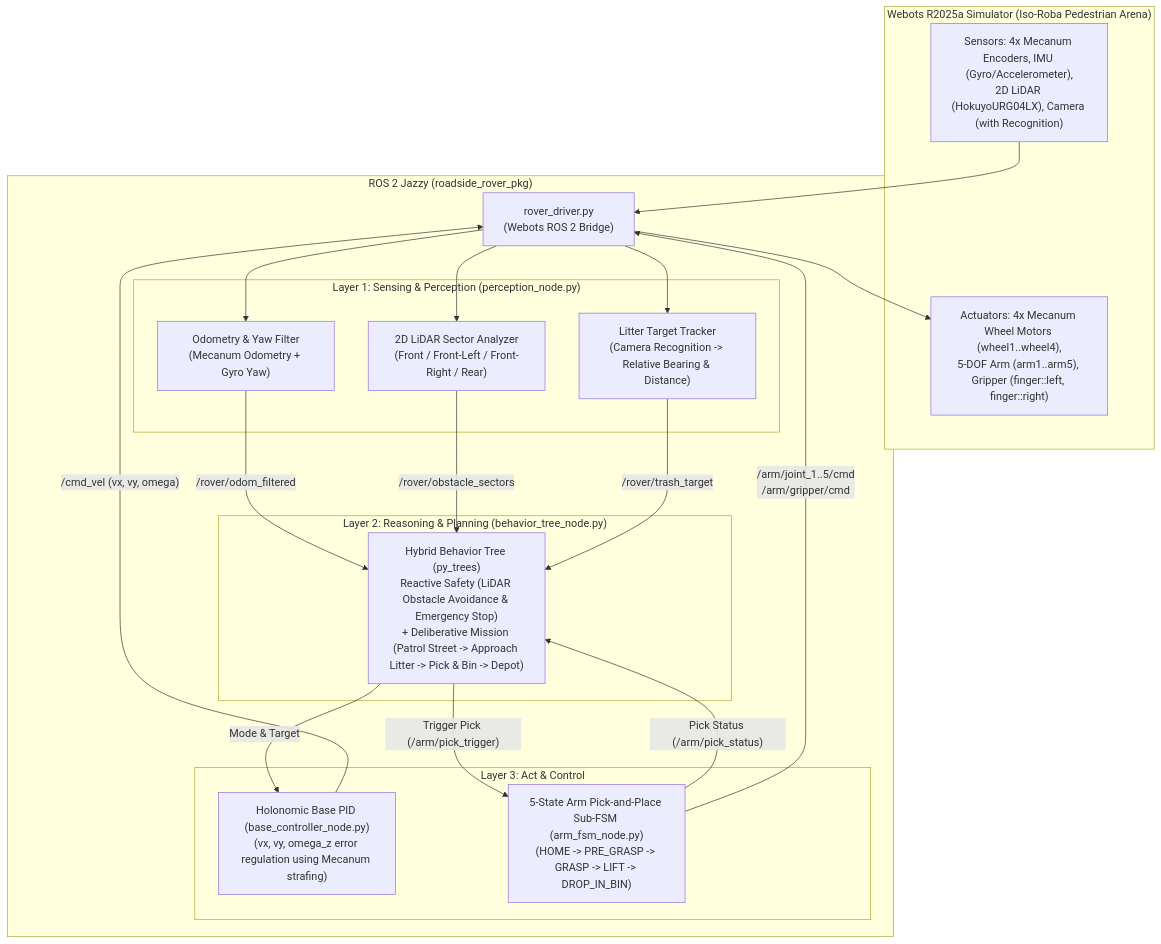
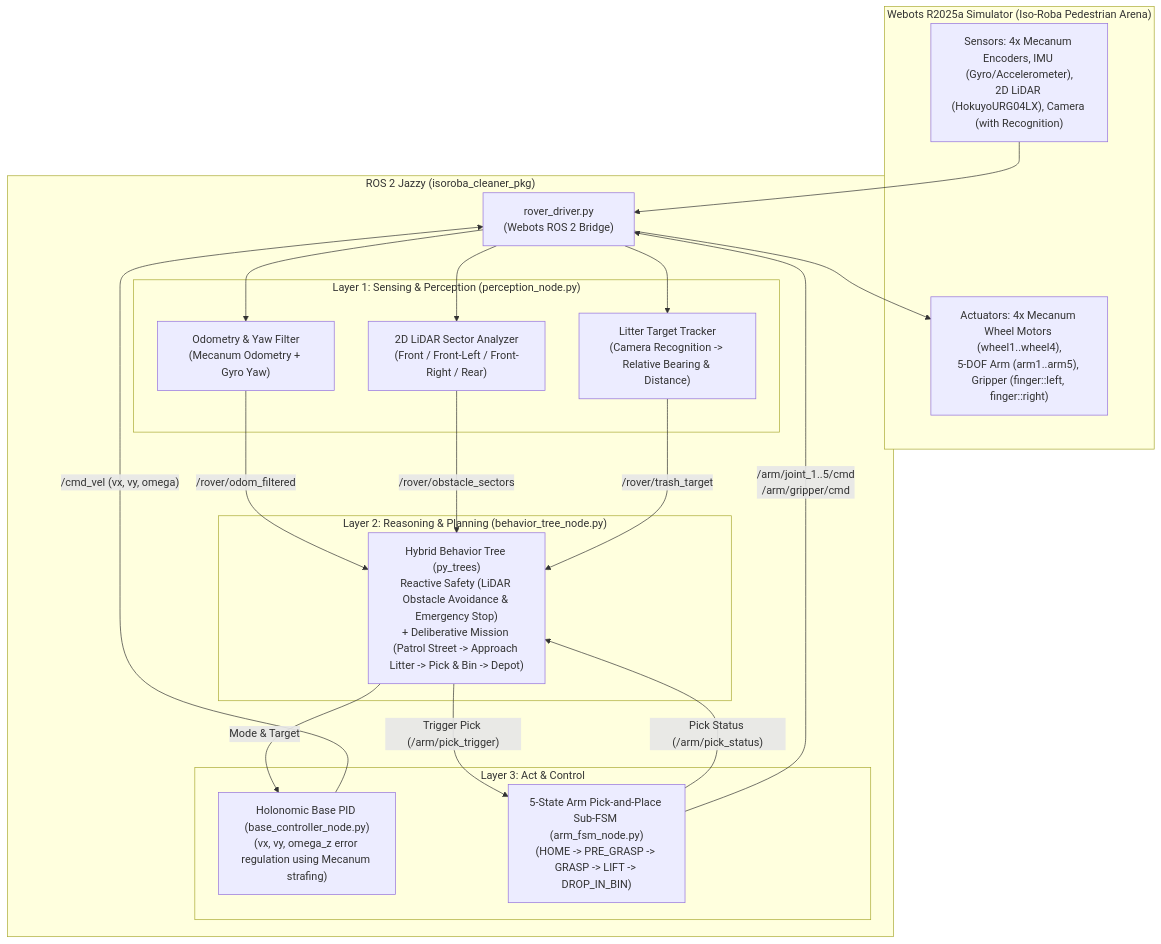
Before and after one commit to nissev/TEKS4430_Autumn-2026_project: the diagram in docs/ARCHITECTURE.md, drawn with Mermaid. The commit also changed 17 other files, not shown here.

````diff
--- a/docs/ARCHITECTURE.md
+++ b/docs/ARCHITECTURE.md
@@ -21,43 +21,43 @@
 ```mermaid
 flowchart TD
     subgraph Webots["Webots R2025a Simulator (Iso-Roba Pedestrian Arena)"]
         Sensors["Sensors: 4x Mecanum Encoders, IMU (Gyro/Accelerometer),\n2D LiDAR (HokuyoURG04LX), Camera (with Recognition)"]
         Actuators["Actuators: 4x Mecanum Wheel Motors (wheel1..wheel4),\n5-DOF Arm (arm1..arm5), Gripper (finger::left, finger::right)"]
     end
 
-    subgraph ROS2["ROS 2 Jazzy (roadside_rover_pkg)"]
+    subgraph ROS2["ROS 2 Jazzy (isoroba_cleaner_pkg)"]
         Driver["rover_driver.py\n(Webots ROS 2 Bridge)"]
 
         subgraph Layer1["Layer 1: Sensing & Perception (perception_node.py)"]
             OdomFilter["Odometry & Yaw Filter\n(Mecanum Odometry + Gyro Yaw)"]
             LidarProc["2D LiDAR Sector Analyzer\n(Front / Front-Left / Front-Right / Rear)"]
             CamRec["Litter Target Tracker\n(Camera Recognition -> Relative Bearing & Distance)"]
         end
 
         subgraph Layer2["Layer 2: Reasoning & Planning (behavior_tree_node.py)"]
             BT["Hybrid Behavior Tree (py_trees)\nReactive Safety (LiDAR Obstacle Avoidance & Emergency Stop)\n+ Deliberative Mission (Patrol Street -> Approach Litter -> Pick & Bin -> Depot)"]
         end
 
         subgraph Layer3["Layer 3: Act & Control"]
             BasePID["Holonomic Base PID (base_controller_node.py)\n(vx, vy, omega_z error regulation using Mecanum strafing)"]
             ArmFSM["5-State Arm Pick-and-Place Sub-FSM (arm_fsm_node.py)\n(HOME -> PRE_GRASP -> GRASP -> LIFT -> DROP_IN_BIN)"]
         end
     end
 
     Sensors --> Driver
     Driver --> OdomFilter
     Driver --> LidarProc
     Driver --> CamRec
 
     OdomFilter -->|"/rover/odom_filtered"| BT
     LidarProc -->|"/rover/obstacle_sectors"| BT
     CamRec -->|"/rover/trash_target"| BT
 
     BT -->|"Mode & Target"| BasePID
     BT -->|"Trigger Pick (/arm/pick_trigger)"| ArmFSM
     ArmFSM -->|"Pick Status (/arm/pick_status)"| BT
 
     BasePID -->|"/cmd_vel (vx, vy, omega)"| Driver
     ArmFSM -->|"/arm/joint_1..5/cmd\n/arm/gripper/cmd"| Driver
     Driver --> Actuators
 ```
````
